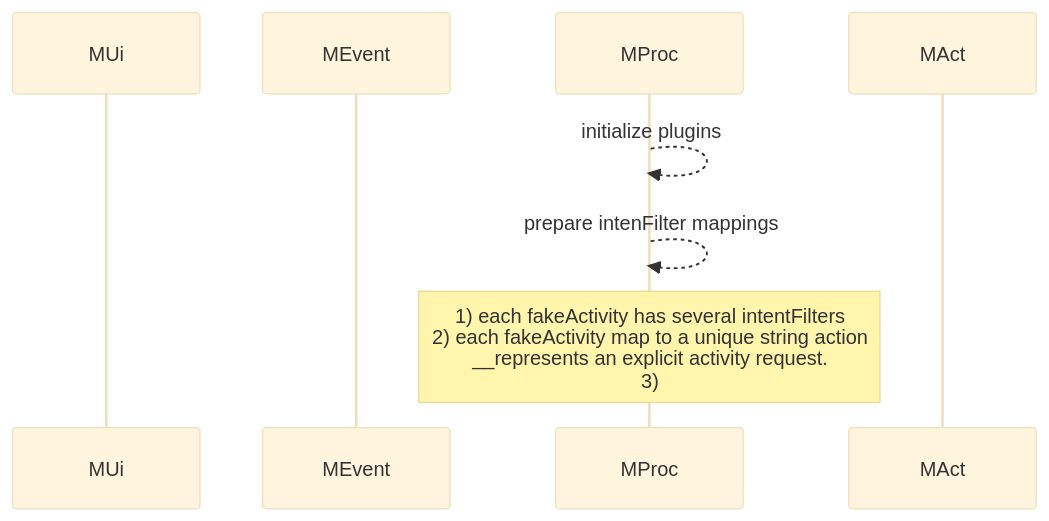
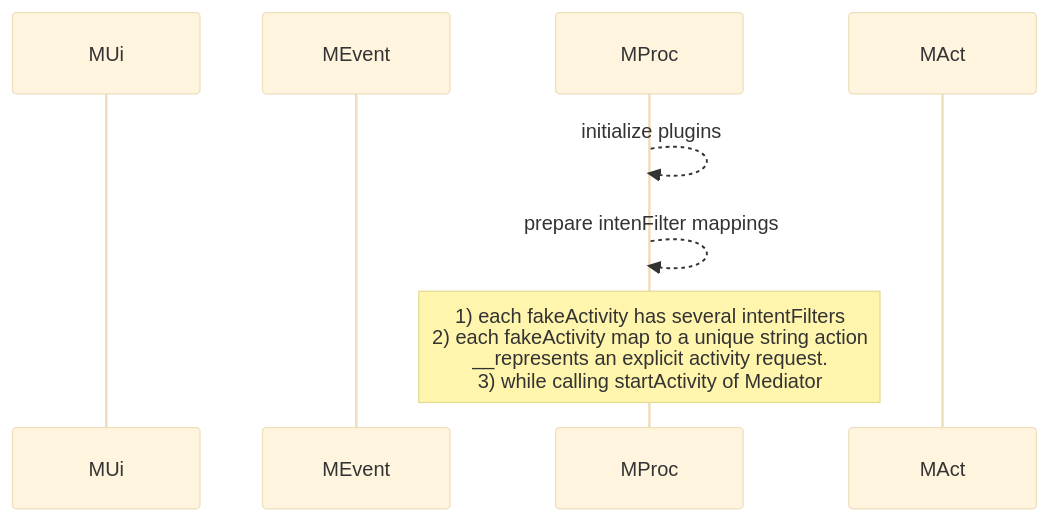
One commit to gordianknotC/nxp_note changed the third of 6 diagrams in flutter/android_to_flutter.md. Above: the diagram before and after it, drawn with Mermaid (base theme). The commit also changed other lines of this file, not shown here.

````diff
--- a/flutter/android_to_flutter.md
+++ b/flutter/android_to_flutter.md
@@ -50,11 +50,11 @@
 ```mermaid
 sequenceDiagram
 participant MUi
 participant MEvent
 participant MProc
 participant MAct
 
 MProc-->>MProc: initialize plugins
 MProc-->>MProc: prepare intenFilter mappings
-Note over MProc: 1) each fakeActivity has several intentFilters<br>2) each fakeActivity map to a unique string action<br>__represents an explicit activity request.<br>3)
+Note over MProc: 1) each fakeActivity has several intentFilters<br>2) each fakeActivity map to a unique string action<br>__represents an explicit activity request.<br>3) while calling startActivity of Mediator
 ```
````
